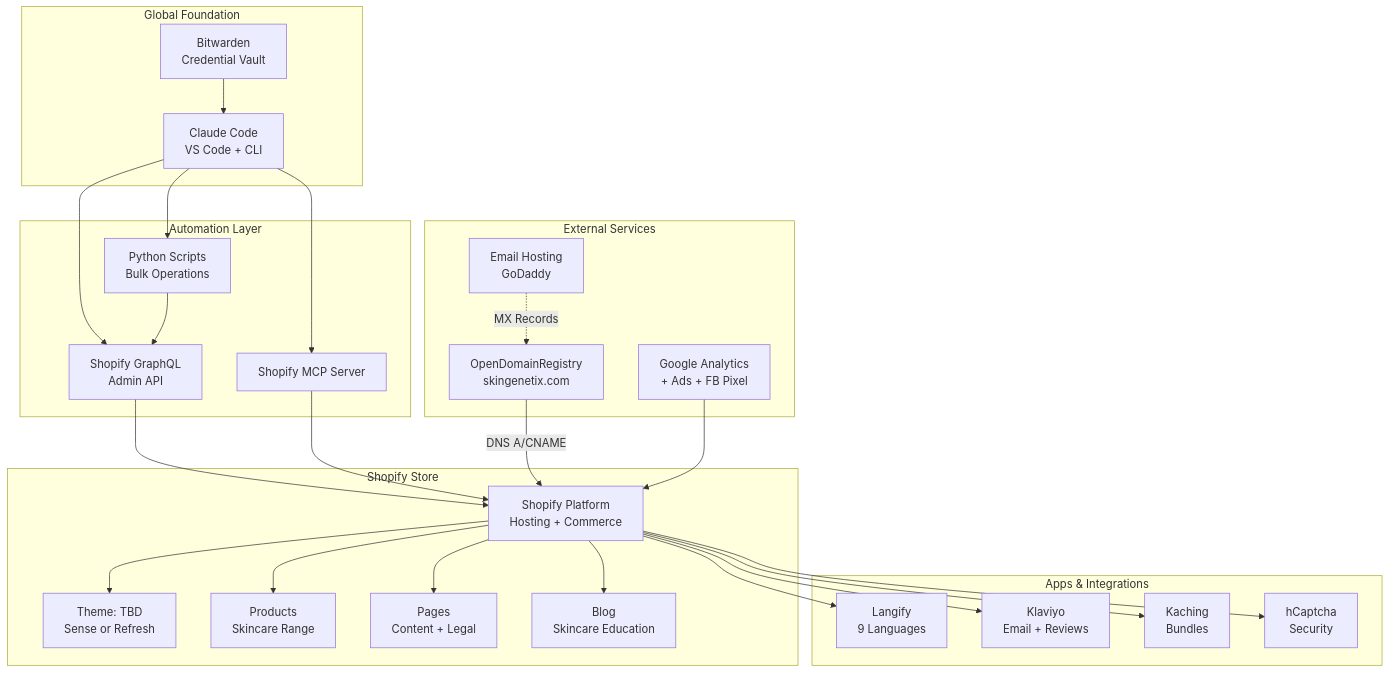
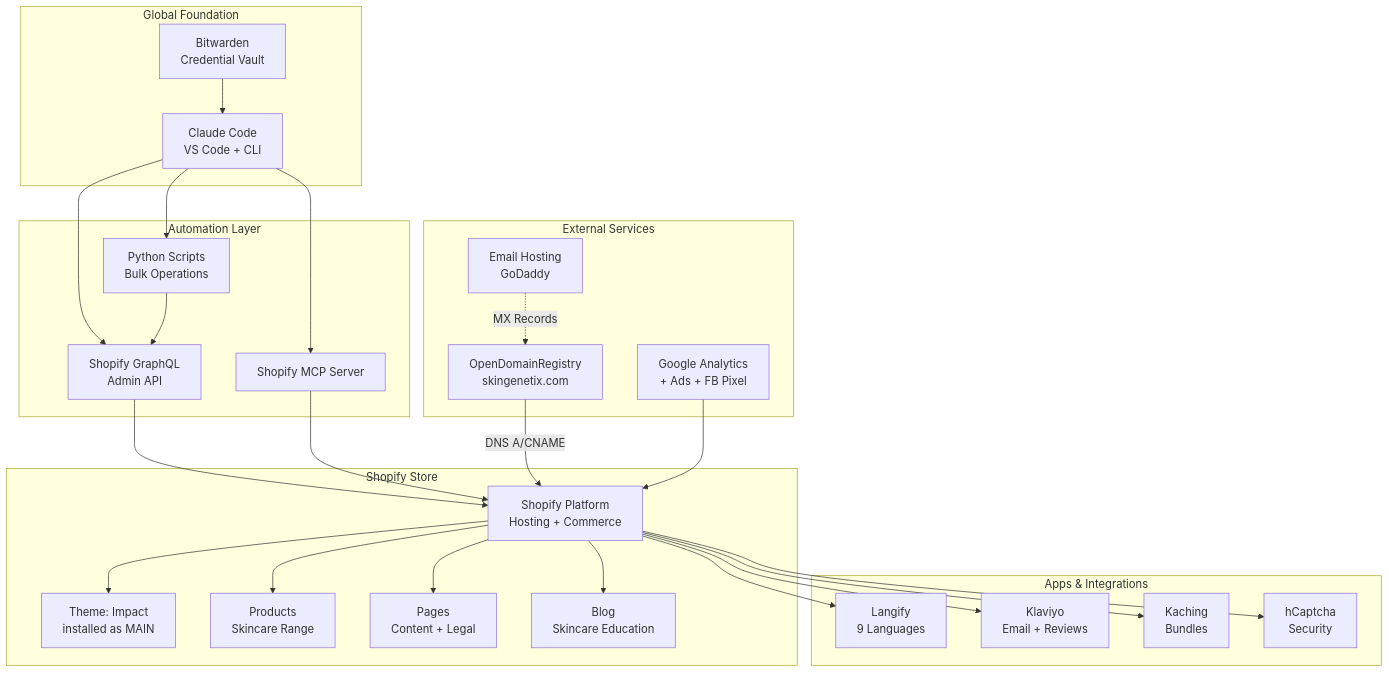
Before and after one commit to MrSmithNL/skingenetix-website: the diagram in docs/architecture.md, drawn with Mermaid. The commit also changed other lines of this file and 12 other files, not shown here.

````diff
--- a/docs/architecture.md
+++ b/docs/architecture.md
@@ -5,53 +5,53 @@
 ```mermaid
 graph TB
     subgraph "Global Foundation"
         CC[Claude Code<br/>VS Code + CLI]
         BW[Bitwarden<br/>Credential Vault]
     end
 
     subgraph "Automation Layer"
         GQLAPI[Shopify GraphQL<br/>Admin API]
         MCP[Shopify MCP Server]
         SCRIPTS[Python Scripts<br/>Bulk Operations]
     end
 
     subgraph "Shopify Store"
         SHOP[Shopify Platform<br/>Hosting + Commerce]
-        THEME[Theme: TBD<br/>Sense or Refresh]
+        THEME[Theme: Impact<br/>installed as MAIN]
         PRODS[Products<br/>Skincare Range]
         PAGES[Pages<br/>Content + Legal]
         BLOG[Blog<br/>Skincare Education]
     end
 
     subgraph "Apps & Integrations"
         LANG[Langify<br/>9 Languages]
         KLAV[Klaviyo<br/>Email + Reviews]
         KACH[Kaching<br/>Bundles]
         HCAP[hCaptcha<br/>Security]
     end
 
     subgraph "External Services"
         DOM[OpenDomainRegistry<br/>skingenetix.com]
         EMAIL[Email Hosting<br/>GoDaddy]
         GA[Google Analytics<br/>+ Ads + FB Pixel]
     end
 
     CC --> GQLAPI
     CC --> MCP
     CC --> SCRIPTS
     BW --> CC
     GQLAPI --> SHOP
     MCP --> SHOP
     SCRIPTS --> GQLAPI
     SHOP --> THEME
     SHOP --> PRODS
     SHOP --> PAGES
     SHOP --> BLOG
     SHOP --> LANG
     SHOP --> KLAV
     SHOP --> KACH
     SHOP --> HCAP
     DOM -->|DNS A/CNAME| SHOP
     EMAIL -.->|MX Records| DOM
     GA --> SHOP
 ```
````
